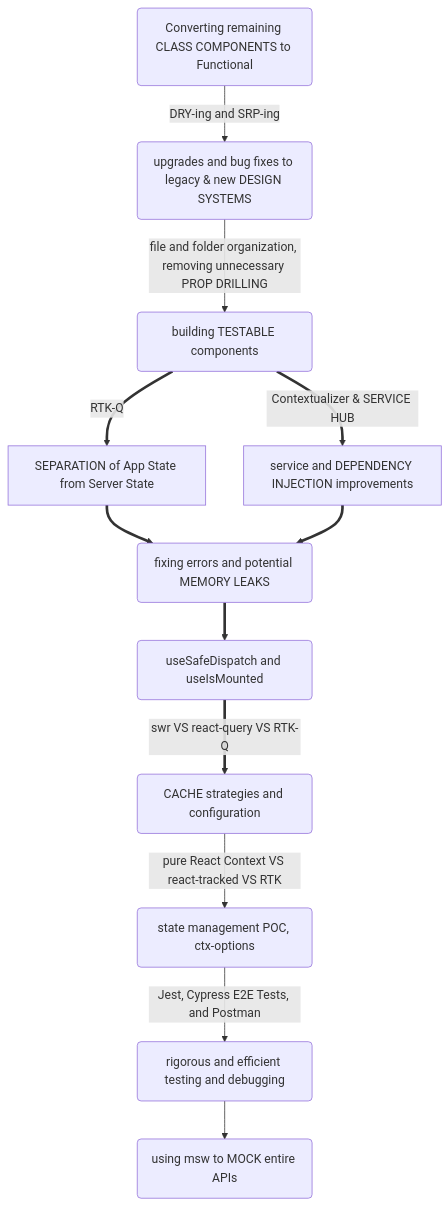
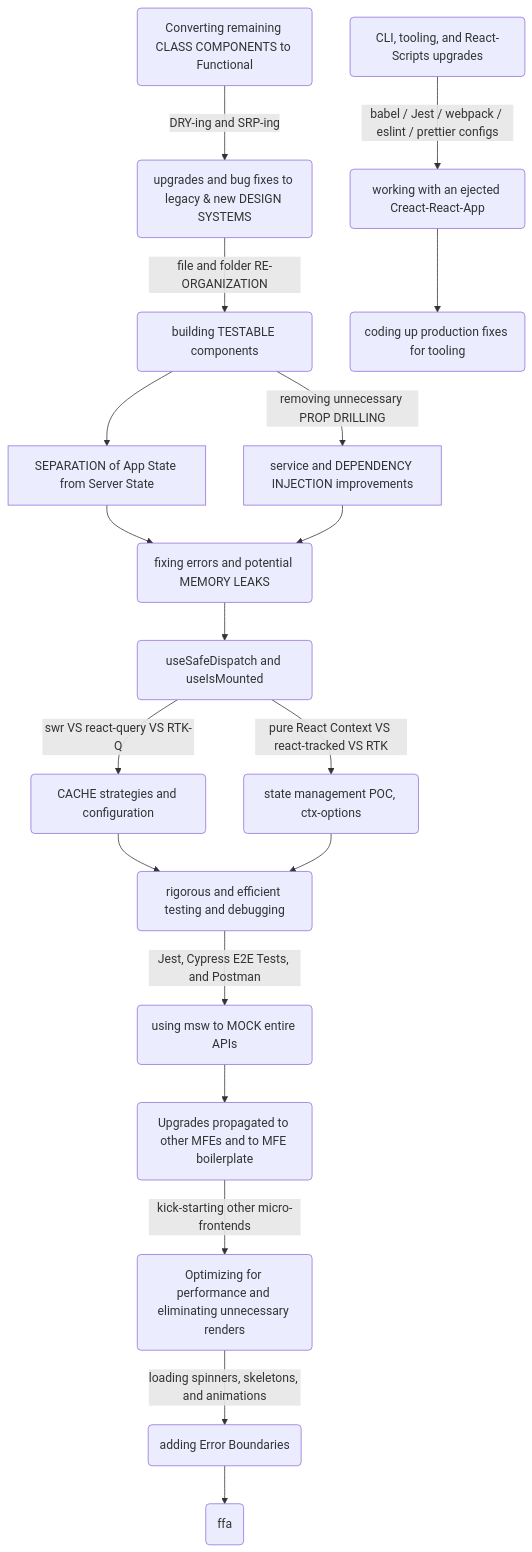
One commit to charlieargue/pan-code-samples changed the second of 2 diagrams in README.md. Above: the diagram before and after it, drawn with Mermaid. The commit also changed other lines of this file, not shown here.

Commit message:
done I think, with the graph

````diff
--- a/README.md
+++ b/README.md
@@ -216,14 +216,21 @@
 ```mermaid
 graph TD
       A(Converting remaining CLASS COMPONENTS to Functional) --> |DRY-ing and SRP-ing|B(upgrades and bug fixes to legacy & new DESIGN SYSTEMS)
-      B --> |file and folder organization, removing unnecessary PROP DRILLING| C(building TESTABLE components)
-      C ==>|RTK-Q| D[SEPARATION of App State from Server State]
-      C ==> |Contextualizer & SERVICE HUB| E[service and DEPENDENCY INJECTION improvements]
-		  D ==> F(fixing errors and potential MEMORY LEAKS)
-		  E ==> F
-		  F ==> G(useSafeDispatch and useIsMounted)
-		  G ==> |swr VS react-query VS RTK-Q| H(CACHE strategies and configuration)
-		  H --> |pure React Context VS react-tracked VS RTK| I(state management POC, ctx-options)
-		  I --> |Jest, Cypress E2E Tests, and Postman| J(rigorous and efficient testing and debugging)
-		  J --> K(using msw to MOCK entire APIs)
+      B --> |file and folder RE-ORGANIZATION| C(building TESTABLE components)
+      C --> D[SEPARATION of App State from Server State]
+      C --> |removing unnecessary PROP DRILLING| E[service and DEPENDENCY INJECTION improvements]
+		  D --> F(fixing errors and potential MEMORY LEAKS)
+		  E --> F
+		  F --> G(useSafeDispatch and useIsMounted)
+		  G --> |swr VS react-query VS RTK-Q| H(CACHE strategies and configuration)
+		  G --> |pure React Context VS react-tracked VS RTK| I(state management POC, ctx-options)
+		  H --> J(rigorous and efficient testing and debugging)
+		  I --> J
+		  J --> |Jest, Cypress E2E Tests, and Postman| K(using msw to MOCK entire APIs)
+		  K --> L(Upgrades propagated to other MFEs and to MFE boilerplate)
+		  L --> |kick-starting other micro-frontends| M(Optimizing for performance and eliminating unnecessary renders)
+		  M --> |loading spinners, skeletons, and animations| N(adding Error Boundaries)
+		  N --> O(ffa)
+		  V(CLI, tooling, and React-Scripts upgrades) --> |babel / Jest / webpack / eslint / prettier configs| W(working with an ejected Creact-React-App)
+		  W --> X(coding up production fixes for tooling)
 ```
````
